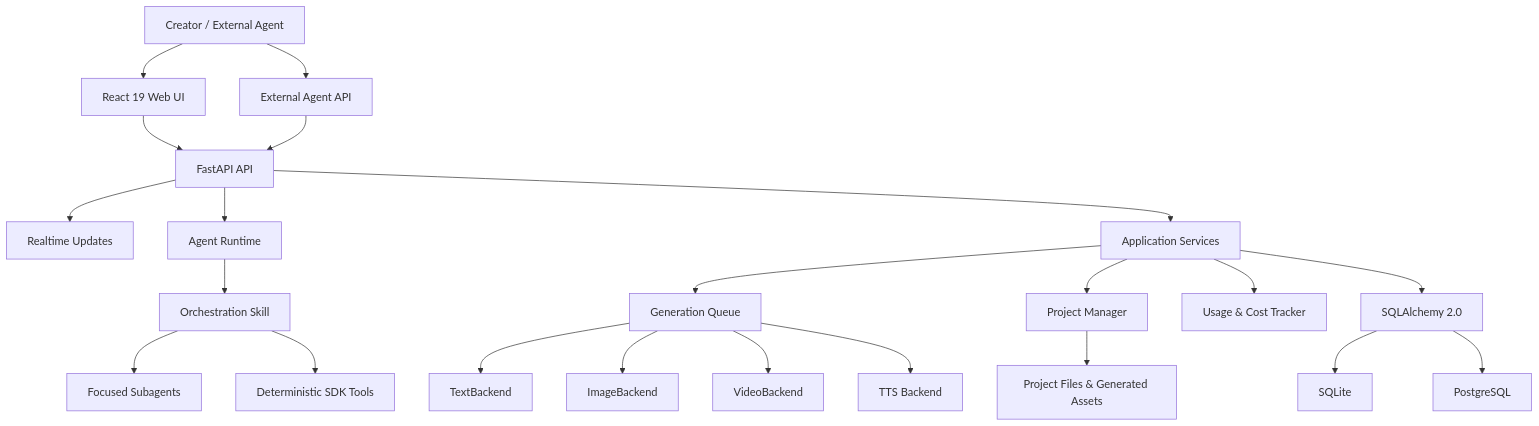
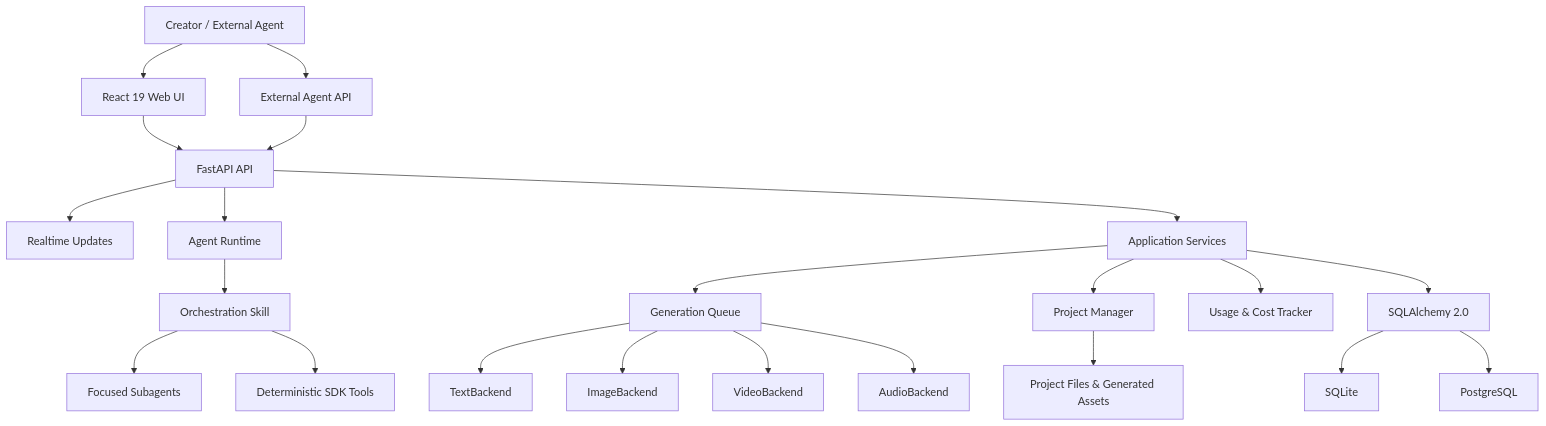
One commit to ArcReel/ArcReel changed the first of 3 diagrams in docs/architecture.md. Above: the diagram before and after it, drawn with Mermaid. The commit also changed other lines of this file and 5 other files, not shown here.

````diff
--- a/docs/architecture.md
+++ b/docs/architecture.md
@@ -21,30 +21,30 @@
 ```mermaid
 flowchart TB
     USER["Creator / External Agent"] --> UI["React 19 Web UI"]
     USER --> EXT["External Agent API"]
 
     UI --> API["FastAPI API"]
     EXT --> API
 
     API --> SSE["Realtime Updates"]
     API --> AGENT["Agent Runtime"]
     API --> SERVICES["Application Services"]
 
     AGENT --> ORCH["Orchestration Skill"]
     ORCH --> SUB["Focused Subagents"]
     ORCH --> TOOLS["Deterministic SDK Tools"]
 
     SERVICES --> QUEUE["Generation Queue"]
     SERVICES --> PROJECTS["Project Manager"]
     SERVICES --> USAGE["Usage & Cost Tracker"]
 
     QUEUE --> TEXT["TextBackend"]
     QUEUE --> IMAGE["ImageBackend"]
     QUEUE --> VIDEO["VideoBackend"]
-    QUEUE --> TTS["TTS Backend"]
+    QUEUE --> TTS["AudioBackend"]
 
     PROJECTS --> FILES["Project Files & Generated Assets"]
     SERVICES --> ORM["SQLAlchemy 2.0"]
     ORM --> SQLITE["SQLite"]
     ORM --> PG["PostgreSQL"]
 ```
````
